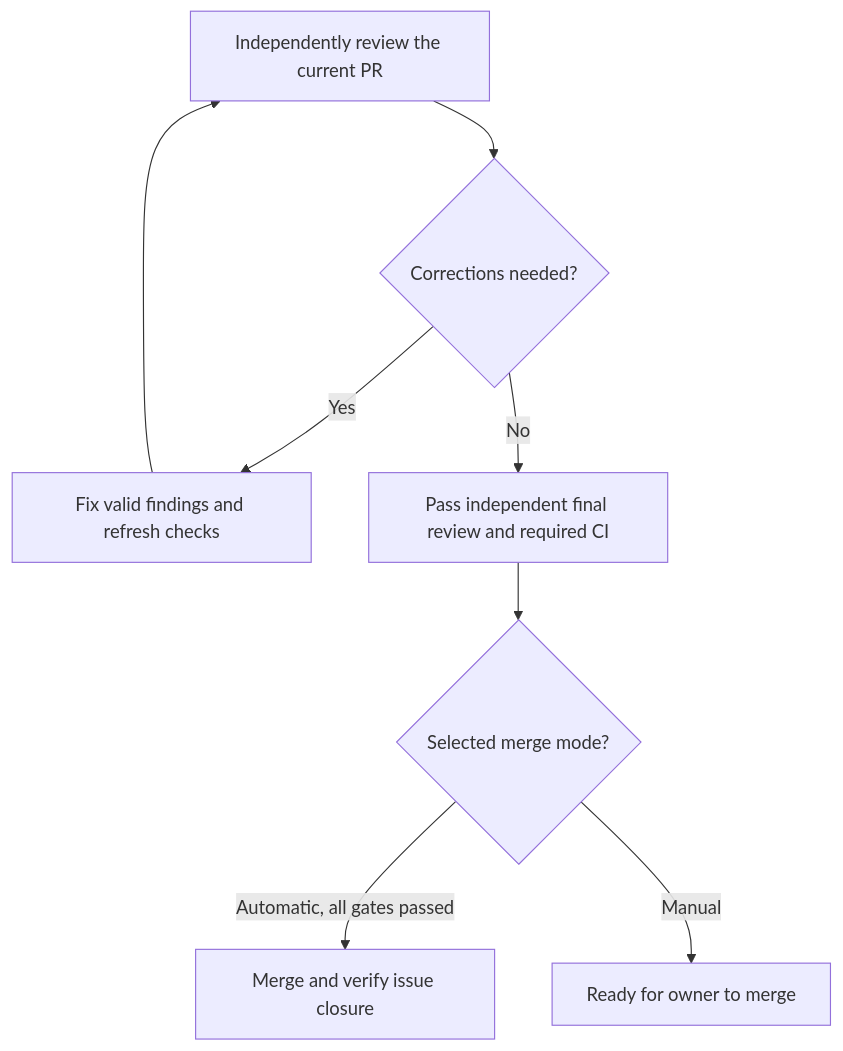
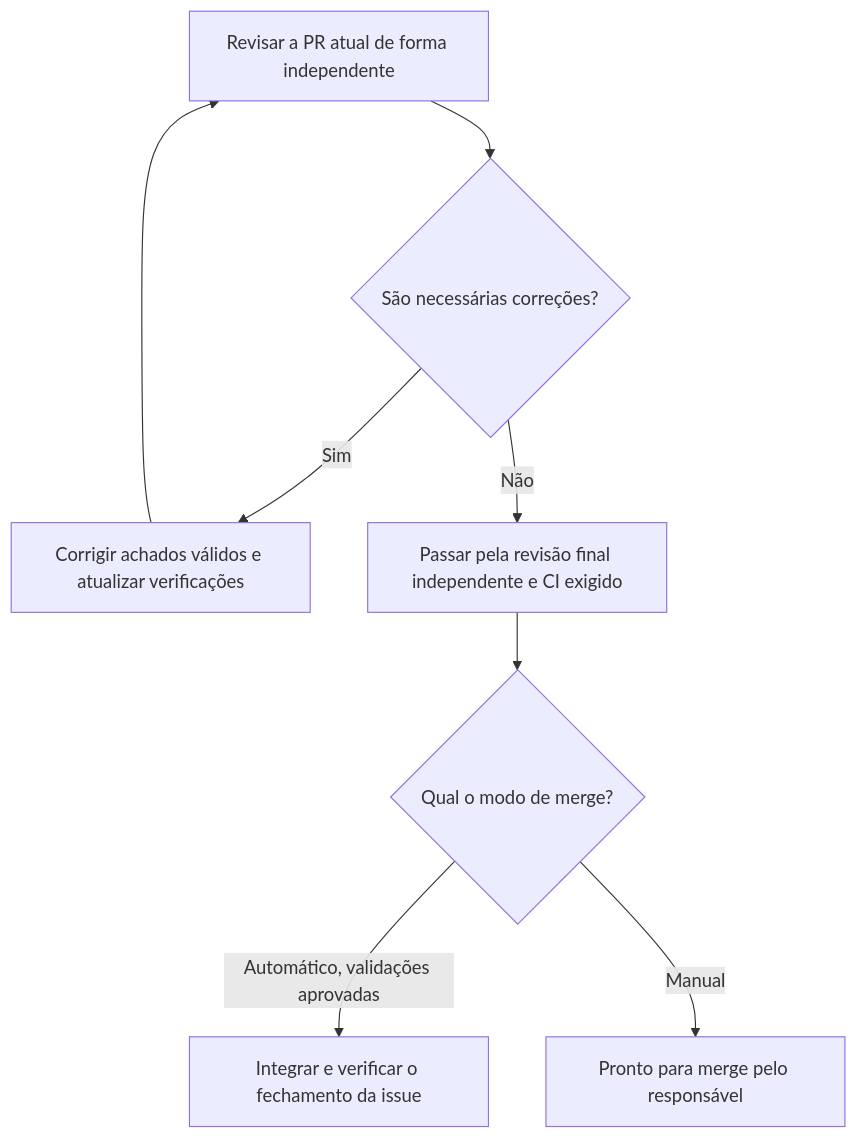
The fourth of 5 diagrams in README.md (rocker-code/my-ai-skills), drawn with Mermaid before and after one commit. The commit also changed other lines of this file and 7 other files, not shown here.

````diff
--- a/README.md
+++ b/README.md
@@ -132,10 +134,10 @@
 ```mermaid
 flowchart TD
-    A["Independently review the current PR"] --> B{"Corrections needed?"}
-    B -->|Yes| C["Fix valid findings and refresh checks"]
+    A["Revisar a PR atual de forma independente"] --> B{"São necessárias correções?"}
+    B -->|Sim| C["Corrigir achados válidos e atualizar verificações"]
     C --> A
-    B -->|No| D["Pass independent final review and required CI"]
-    D --> E{"Selected merge mode?"}
-    E -->|Automatic, all gates passed| F["Merge and verify issue closure"]
-    E -->|Manual| G["Ready for owner to merge"]
+    B -->|Não| D["Passar pela revisão final independente e CI exigido"]
+    D --> E{"Qual o modo de merge?"}
+    E -->|Automático, validações aprovadas| F["Integrar e verificar o fechamento da issue"]
+    E -->|Manual| G["Pronto para merge pelo responsável"]
 ```
````
